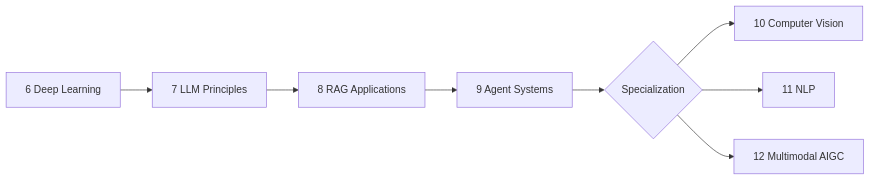
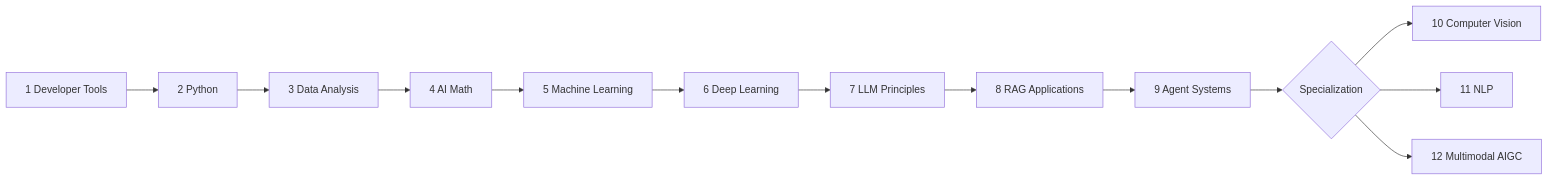
One commit to oudbiao/AI-fullstack-course changed the diagram in README.md. Above: the diagram before and after it, drawn with Mermaid. The commit also changed other lines of this file, not shown here.

````diff
--- a/README.md
+++ b/README.md
@@ -40,10 +35,15 @@
 ```mermaid
 flowchart LR
-  F[6 Deep Learning] --> G[7 LLM Principles]
+  A[1 Developer Tools] --> B[2 Python]
+  B --> C[3 Data Analysis]
+  C --> D[4 AI Math]
+  D --> E[5 Machine Learning]
+  E --> F[6 Deep Learning]
+  F --> G[7 LLM Principles]
   G --> H[8 RAG Applications]
   H --> I[9 Agent Systems]
   I --> J{Specialization}
   J --> K[10 Computer Vision]
   J --> L[11 NLP]
   J --> M[12 Multimodal AIGC]
 ```
````
